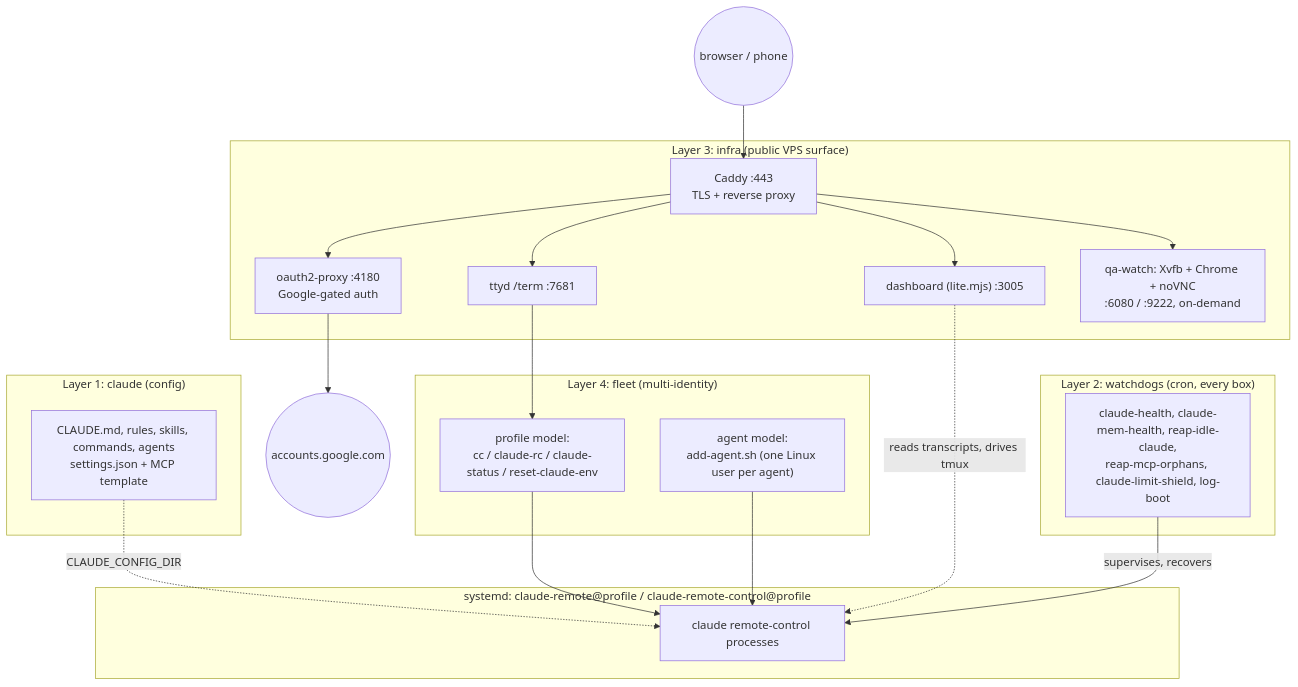
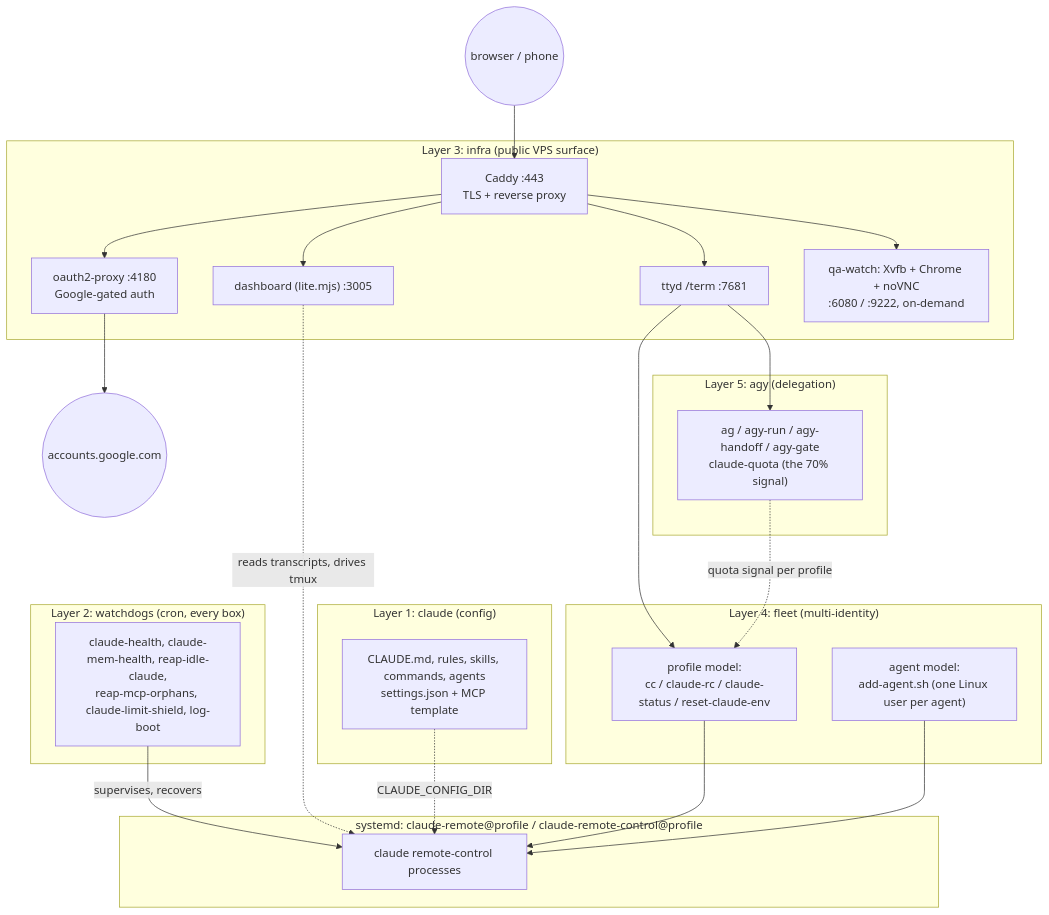
One commit to alhe99/mows-harness changed the diagram in README.md. Above: the diagram before and after it, drawn with Mermaid. The commit also changed other lines of this file, not shown here.

Commit message:
docs(agy): README layer-contents bullet + architecture diagram gain the agy layer
Claude-Session: https://claude.ai/code/session_01Vbn5U5GzDkBnkywGYXEV3X

````diff
--- a/README.md
+++ b/README.md
@@ -265,41 +265,47 @@
 ```mermaid
 flowchart TB
     subgraph Layer1["Layer 1: claude (config)"]
         CFG["CLAUDE.md, rules, skills, commands, agents<br/>settings.json + MCP template"]
     end
 
     subgraph Layer4["Layer 4: fleet (multi-identity)"]
         PROFILE["profile model:<br/>cc / claude-rc / claude-status / reset-claude-env"]
         AGENT["agent model:<br/>add-agent.sh (one Linux user per agent)"]
+    end
+
+    subgraph Layer5["Layer 5: agy (delegation)"]
+        AGY["ag / agy-run / agy-handoff / agy-gate<br/>claude-quota (the 70% signal)"]
     end
 
     subgraph RCUNITS["systemd: claude-remote@profile / claude-remote-control@profile"]
         RC["claude remote-control processes"]
     end
 
     subgraph Layer2["Layer 2: watchdogs (cron, every box)"]
         WD["claude-health, claude-mem-health, reap-idle-claude,<br/>reap-mcp-orphans, claude-limit-shield, log-boot"]
     end
 
     subgraph Layer3["Layer 3: infra (public VPS surface)"]
         CADDY["Caddy :443<br/>TLS + reverse proxy"]
         OAUTH["oauth2-proxy :4180<br/>Google-gated auth"]
         DASH["dashboard (lite.mjs) :3005"]
         TERM["ttyd /term :7681"]
         WATCH["qa-watch: Xvfb + Chrome + noVNC<br/>:6080 / :9222, on-demand"]
     end
 
     Browser(("browser / phone")) --> CADDY
     CADDY --> OAUTH
     OAUTH --> Google(("accounts.google.com"))
     CADDY --> DASH
     CADDY --> TERM
     CADDY --> WATCH
 
     CFG -.->|CLAUDE_CONFIG_DIR| RC
     PROFILE --> RC
     AGENT --> RC
     TERM --> PROFILE
+    TERM --> AGY
+    AGY -.->|quota signal per profile| PROFILE
     DASH -.->|reads transcripts, drives tmux| RC
     WD -->|supervises, recovers| RC
 ```
````
